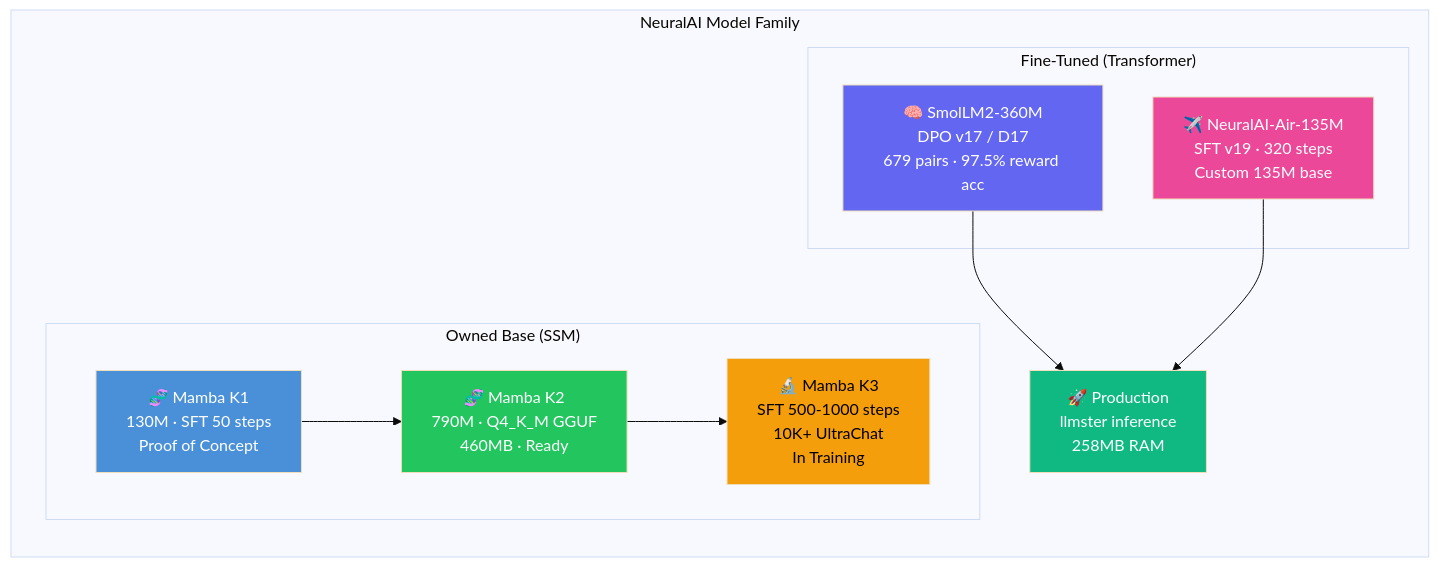
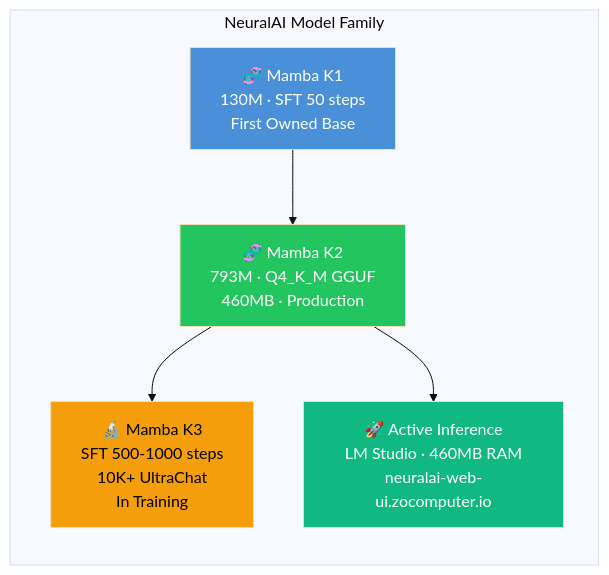
One commit to Subject-Emu-5259/NeuralAI changed the first of 2 diagrams in README.md. Above: the diagram before and after it, drawn with Mermaid (base theme). The commit also changed other lines of this file and 19 other files, not shown here.

Commit message:
mamba-era: fixed chat format, inference pipeline, docs, and training setup for K1/K2/K3

````diff
--- a/README.md
+++ b/README.md
@@ -58,28 +57,18 @@
 ```mermaid
 graph TB
     subgraph "NeuralAI Model Family"
         direction TB
 
-        subgraph "Fine-Tuned (Transformer)"
-            SMOLM["🧠 SmolLM2-360M<br/>DPO v17 / D17<br/>679 pairs · 97.5% reward acc"]
-            AIR["✈️ NeuralAI-Air-135M<br/>SFT v19 · 320 steps<br/>Custom 135M base"]
-        end
+        K1["🧬 Mamba K1<br/>130M · SFT 50 steps<br/>First Owned Base"]
+        K2["🧬 Mamba K2<br/>793M · Q4_K_M GGUF<br/>460MB · Production"]
+        K3["🔬 Mamba K3<br/>SFT 500-1000 steps<br/>10K+ UltraChat<br/>In Training"]
 
-        subgraph "Owned Base (SSM)"
-            K1["🧬 Mamba K1<br/>130M · SFT 50 steps<br/>Proof of Concept"]
-            K2["🧬 Mamba K2<br/>790M · Q4_K_M GGUF<br/>460MB · Ready"]
-            K3["🔬 Mamba K3<br/>SFT 500-1000 steps<br/>10K+ UltraChat<br/>In Training"]
-        end
-
-        SMOLM --> PROD["🚀 Production<br/>llmster inference<br/>258MB RAM"]
-        AIR --> PROD
         K1 --> K2 --> K3
+        K2 --> PROD["🚀 Active Inference<br/>LM Studio · 460MB RAM<br/>neuralai-web-ui.zocomputer.io"]
     end
 
     style K1 fill:#4a90d9,color:#fff
     style K2 fill:#22c55e,color:#fff
     style K3 fill:#f59e0b,color:#000
-    style SMOLM fill:#6366f1,color:#fff
-    style AIR fill:#ec4899,color:#fff
     style PROD fill:#10b981,color:#fff
 ```
````
